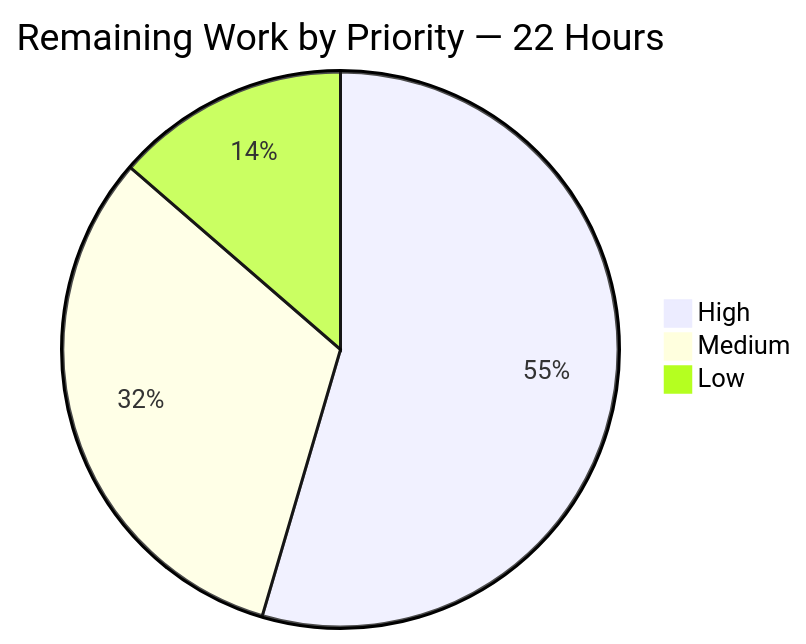
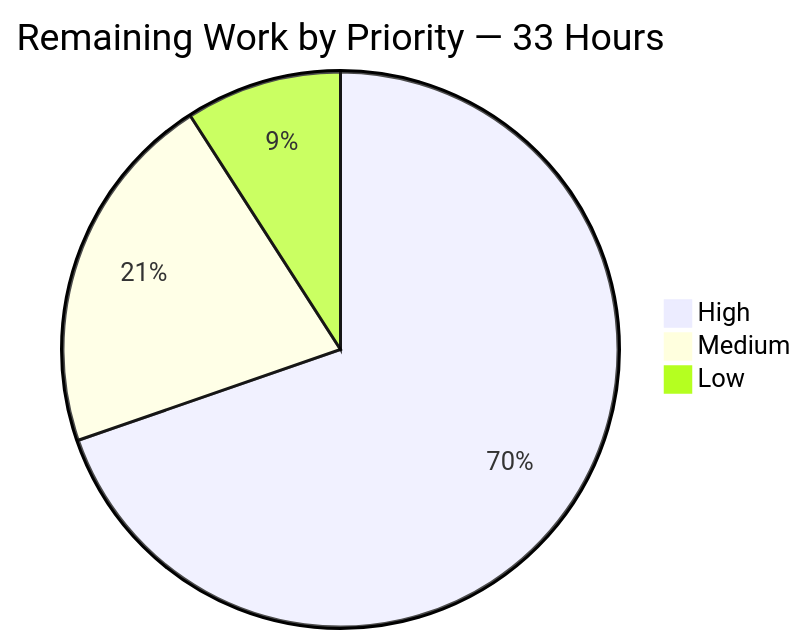
The fourth of 4 diagrams in blitzy/documentation/Project Guide.md (Tzadiko/monero), drawn with Mermaid before and after one commit. The commit also changed other lines of this file and 3 other files, not shown here.

````diff
--- a/blitzy/documentation/Project Guide.md
+++ b/blitzy/documentation/Project Guide.md
@@ -1113,6 +1633,6 @@
 ```mermaid
-pie title Remaining Work by Priority — 22 Hours
-    "High" : 12
+pie title Remaining Work by Priority — 33 Hours
+    "High" : 23
     "Medium" : 7
     "Low" : 3
 ```
````
